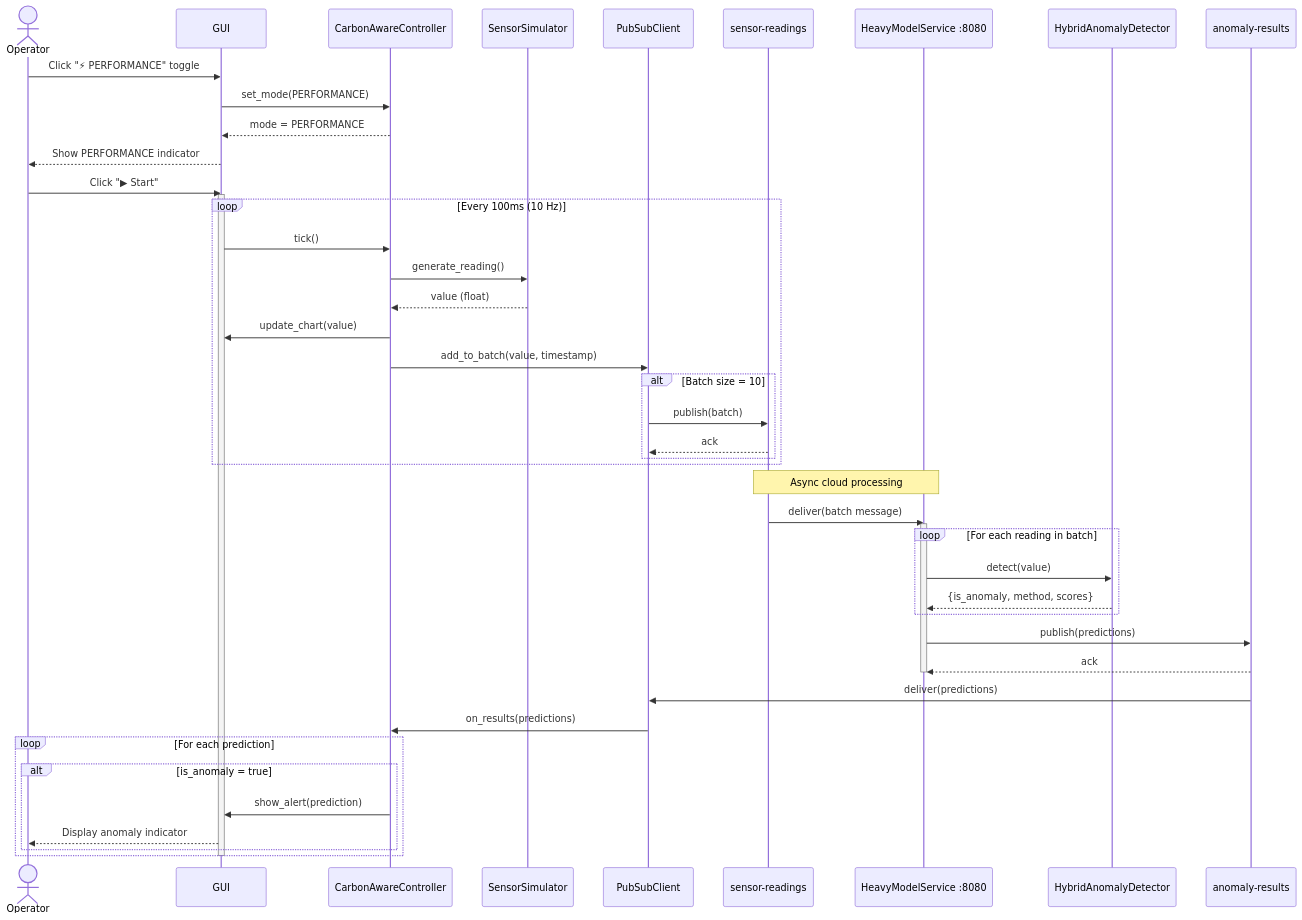
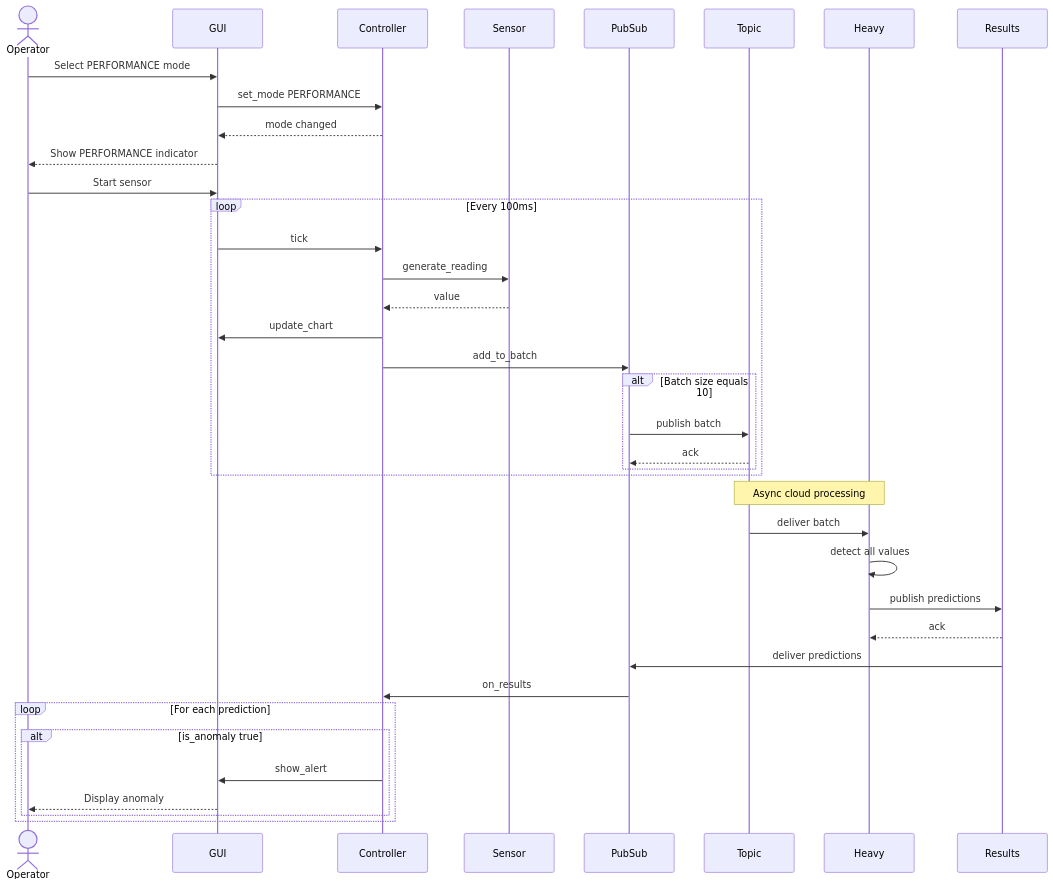
Before and after one commit to Taki224/AI-Architecture-and-Cloud-Computing-Final-Project: the third of 5 diagrams in plans/sequence.md, drawn with Mermaid. The commit also changed other lines of this file and 3 other files, not shown here.

Commit message:
refactor: Update sequence diagrams for clarity and consistency

````diff
--- a/plans/sequence.md
+++ b/plans/sequence.md
@@ -96,58 +73,48 @@
 ```mermaid
 sequenceDiagram
     actor Operator
-    participant GUI as GUI
-    participant Controller as CarbonAwareController
-    participant Sensor as SensorSimulator
-    participant PubSub as PubSubClient
-    participant Topic as sensor-readings
-    participant Heavy as HeavyModelService :8080
-    participant Detector as HybridAnomalyDetector
-    participant Results as anomaly-results
+    participant GUI
+    participant Controller
+    participant Sensor
+    participant PubSub
+    participant Topic
+    participant Heavy
+    participant Results
 
-    Operator->>GUI: Click "⚡ PERFORMANCE" toggle
-    GUI->>Controller: set_mode(PERFORMANCE)
-    Controller-->>GUI: mode = PERFORMANCE
+    Operator->>GUI: Select PERFORMANCE mode
+    GUI->>Controller: set_mode PERFORMANCE
+    Controller-->>GUI: mode changed
     GUI-->>Operator: Show PERFORMANCE indicator
 
-    Operator->>GUI: Click "▶ Start"
-    activate GUI
+    Operator->>GUI: Start sensor
     
-    loop Every 100ms (10 Hz)
-        GUI->>Controller: tick()
-        Controller->>Sensor: generate_reading()
-        Sensor-->>Controller: value (float)
-        Controller->>GUI: update_chart(value)
-        Controller->>PubSub: add_to_batch(value, timestamp)
+    loop Every 100ms
+        GUI->>Controller: tick
+        Controller->>Sensor: generate_reading
+        Sensor-->>Controller: value
+        Controller->>GUI: update_chart
+        Controller->>PubSub: add_to_batch
         
-        alt Batch size = 10
-            PubSub->>Topic: publish(batch)
+        alt Batch size equals 10
+            PubSub->>Topic: publish batch
             Topic-->>PubSub: ack
         end
     end
 
     Note over Topic,Heavy: Async cloud processing
     
-    Topic->>Heavy: deliver(batch message)
-    activate Heavy
-    
-    loop For each reading in batch
-        Heavy->>Detector: detect(value)
-        Detector-->>Heavy: {is_anomaly, method, scores}
-    end
-    
-    Heavy->>Results: publish(predictions)
+    Topic->>Heavy: deliver batch
+    Heavy->>Heavy: detect all values
+    Heavy->>Results: publish predictions
     Results-->>Heavy: ack
-    deactivate Heavy
 
-    Results->>PubSub: deliver(predictions)
-    PubSub->>Controller: on_results(predictions)
+    Results->>PubSub: deliver predictions
+    PubSub->>Controller: on_results
     
     loop For each prediction
-        alt is_anomaly = true
-            Controller->>GUI: show_alert(prediction)
-            GUI-->>Operator: Display anomaly indicator
+        alt is_anomaly true
+            Controller->>GUI: show_alert
+            GUI-->>Operator: Display anomaly
         end
     end
-    deactivate GUI
 ```
````
